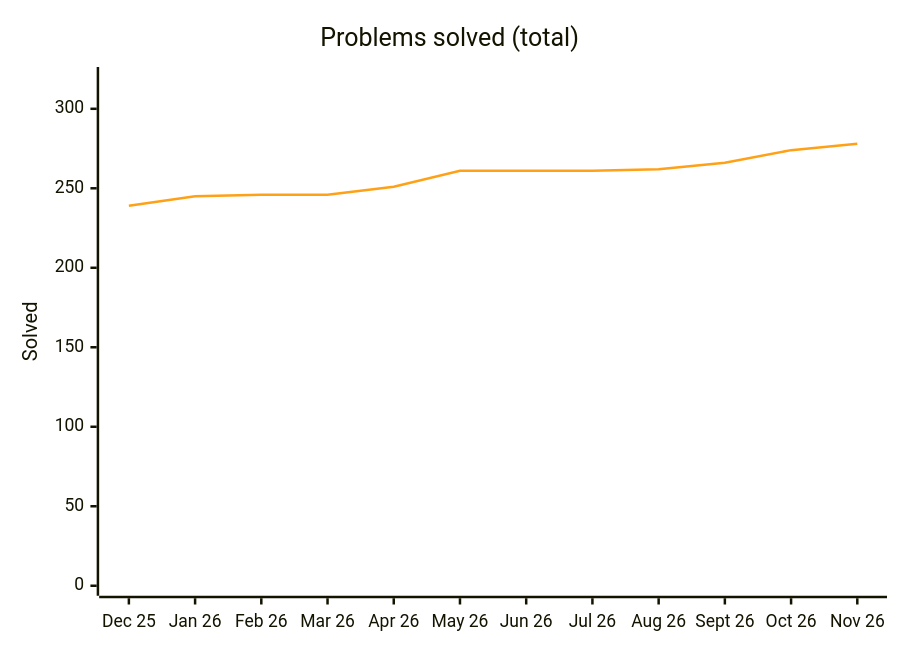
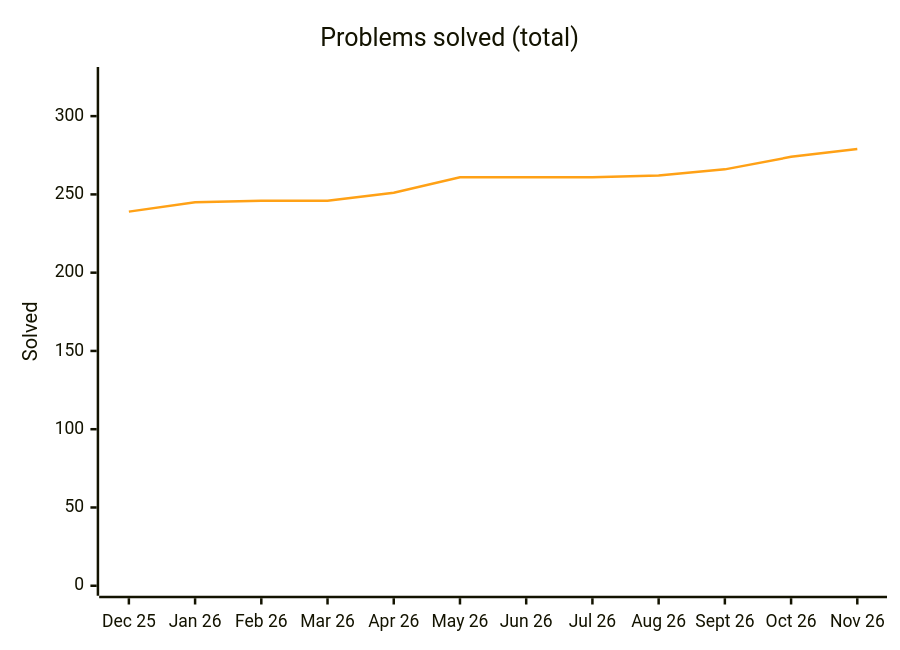
The diagram in README.md (samy-D5/Leetcode), drawn with Mermaid before and after one commit. The commit also changed other lines of this file and 5 other files, not shown here.

````diff
--- a/README.md
+++ b/README.md
@@ -50,8 +50,8 @@
 ```mermaid
 %%{init: {"themeVariables": {"xyChart": {"plotColorPalette": "#ffa116"}}}}%%
 xychart-beta
     title "Problems solved (total)"
     x-axis ["Dec 25", "Jan 26", "Feb 26", "Mar 26", "Apr 26", "May 26", "Jun 26", "Jul 26", "Aug 26", "Sept 26", "Oct 26", "Nov 26"]
-    y-axis "Solved" 0 --> 320
-    line [239, 245, 246, 246, 251, 261, 261, 261, 262, 266, 274, 278]
+    y-axis "Solved" 0 --> 325
+    line [239, 245, 246, 246, 251, 261, 261, 261, 262, 266, 274, 279]
 ```
````
